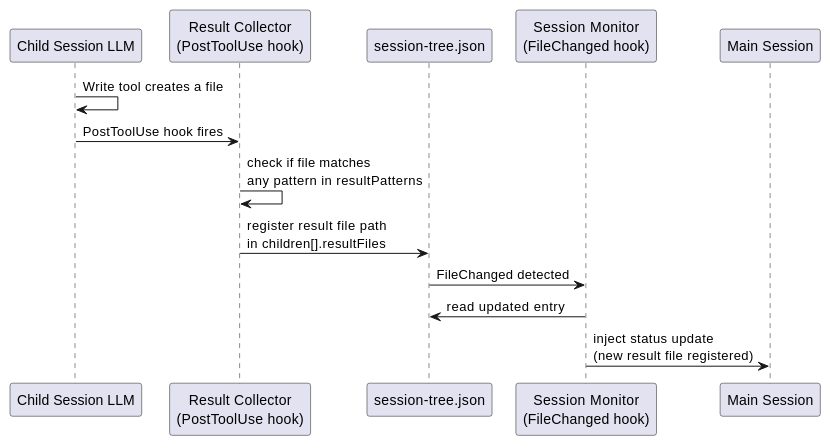
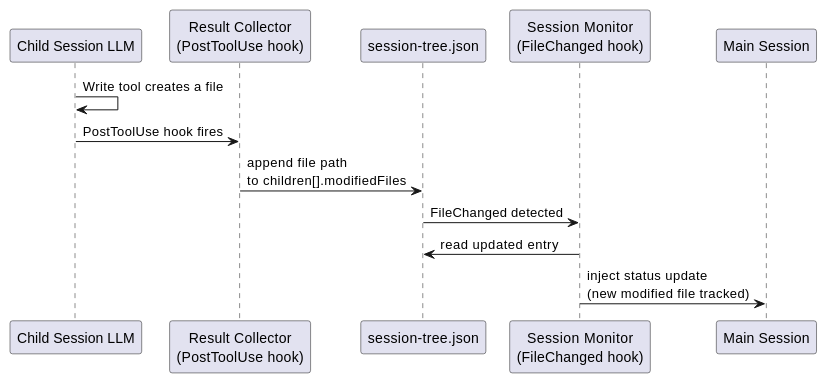
Before and after one commit to studykit/studykit-marketplace: the fourth of 6 diagrams in A4/co-think/2026-03-29-2100-agent-orchestrator.architecture.md, drawn with PlantUML. The commit also changed other lines of this file and 28 other files, not shown here.

````diff
--- a/A4/co-think/2026-03-29-2100-agent-orchestrator.architecture.md
+++ b/A4/co-think/2026-03-29-2100-agent-orchestrator.architecture.md
@@ -169,17 +168,16 @@
 ```plantuml
 @startuml
 participant "Child Session LLM" as CS
 participant "Result Collector\n(PostToolUse hook)" as RC
 participant "session-tree.json" as ST
 participant "Session Monitor\n(FileChanged hook)" as MO
 participant "Main Session" as MS
 
 CS -> CS : Write tool creates a file
 CS -> RC : PostToolUse hook fires
-RC -> RC : check if file matches\nany pattern in resultPatterns
-RC -> ST : register result file path\nin children[].resultFiles
+RC -> ST : append file path\nto children[].modifiedFiles
 ST -> MO : FileChanged detected
 MO -> ST : read updated entry
-MO -> MS : inject status update\n(new result file registered)
+MO -> MS : inject status update\n(new modified file tracked)
 @enduml
 ```
````
